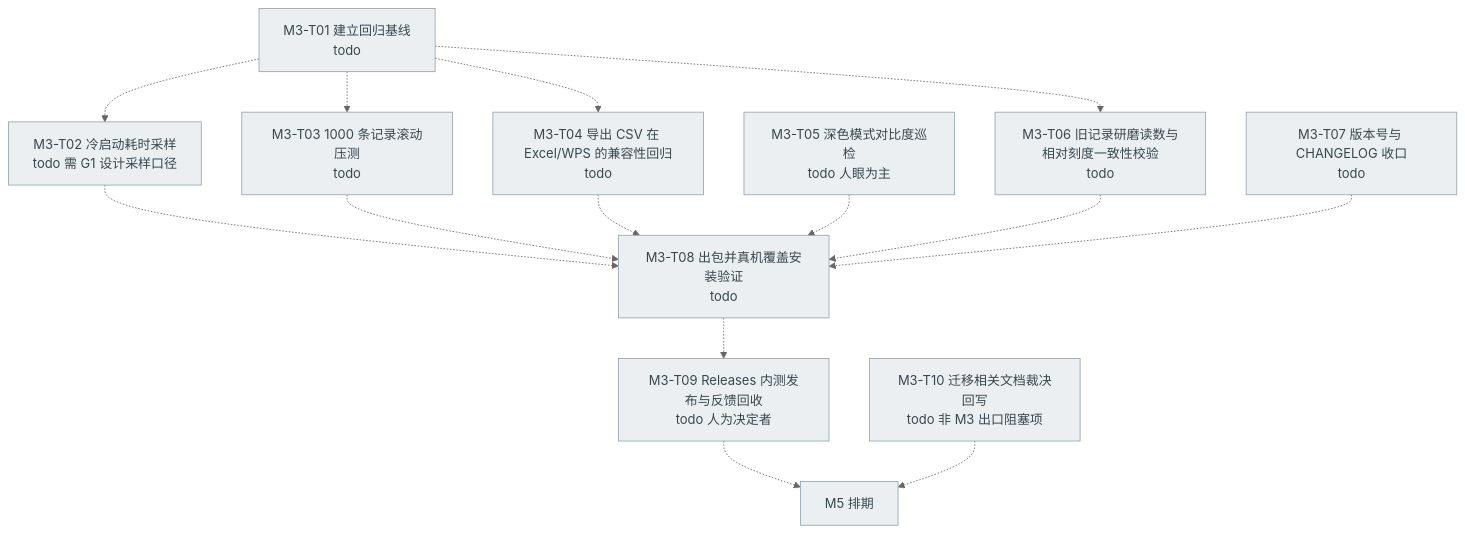
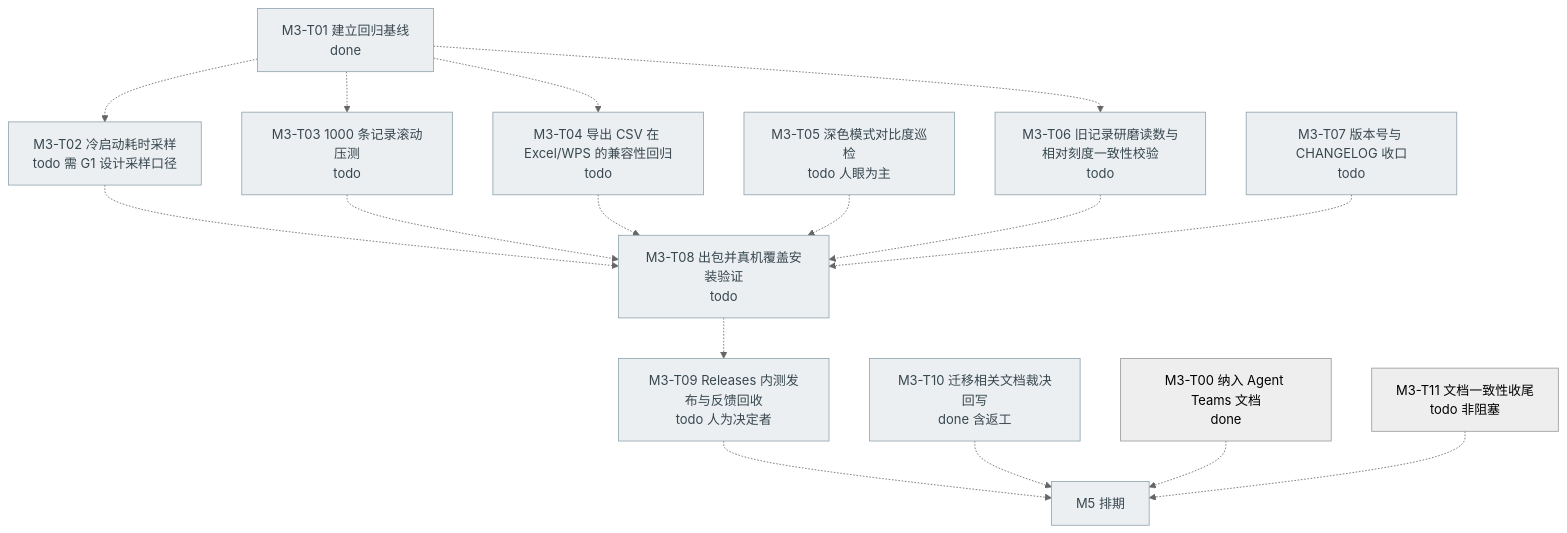
Before and after one commit to Shadoso-w/BeanClick: the second of 5 diagrams in docs/agent-teams/PROGRESS.md, drawn with Mermaid (neutral theme). The commit also changed other lines of this file, not shown here.

First line of the commit message:
docs(agent-teams): 刷新 PROGRESS 到与本批事实一致（M3-T00/T01/T10 收口）

````diff
--- a/docs/agent-teams/PROGRESS.md
+++ b/docs/agent-teams/PROGRESS.md
@@ -83,30 +83,32 @@
 ```mermaid
 flowchart TD
-    T01["M3-T01 建立回归基线<br/>todo"]
+    T01["M3-T01 建立回归基线<br/>done"]
     T02["M3-T02 冷启动耗时采样<br/>todo 需 G1 设计采样口径"]
     T03["M3-T03 1000 条记录滚动压测<br/>todo"]
     T04["M3-T04 导出 CSV 在 Excel/WPS 的兼容性回归<br/>todo"]
     T05["M3-T05 深色模式对比度巡检<br/>todo 人眼为主"]
     T06["M3-T06 旧记录研磨读数与相对刻度一致性校验<br/>todo"]
     T07["M3-T07 版本号与 CHANGELOG 收口<br/>todo"]
     T08["M3-T08 出包并真机覆盖安装验证<br/>todo"]
     T09["M3-T09 Releases 内测发布与反馈回收<br/>todo 人为决定者"]
-    T10["M3-T10 迁移相关文档裁决回写<br/>todo 非 M3 出口阻塞项"]
+    T10["M3-T10 迁移相关文档裁决回写<br/>done 含返工"]
 
     T01 -.-> T02
     T01 -.-> T03
     T01 -.-> T04
     T01 -.-> T06
     T02 -.-> T08
     T03 -.-> T08
     T04 -.-> T08
     T05 -.-> T08
     T06 -.-> T08
     T07 -.-> T08
     T08 -.-> T09
     T09 -.-> M5["M5 排期"]
     T10 -.-> M5
+    T00["M3-T00 纳入 Agent Teams 文档<br/>done"] -.-> M5
+    T11["M3-T11 文档一致性收尾<br/>todo 非阻塞"] -.-> M5
 
     classDef todo fill:#eceff1,stroke:#90a4ae,color:#37474f
     class T01,T02,T03,T04,T05,T06,T07,T08,T09,T10,M5 todo
 ```
````
